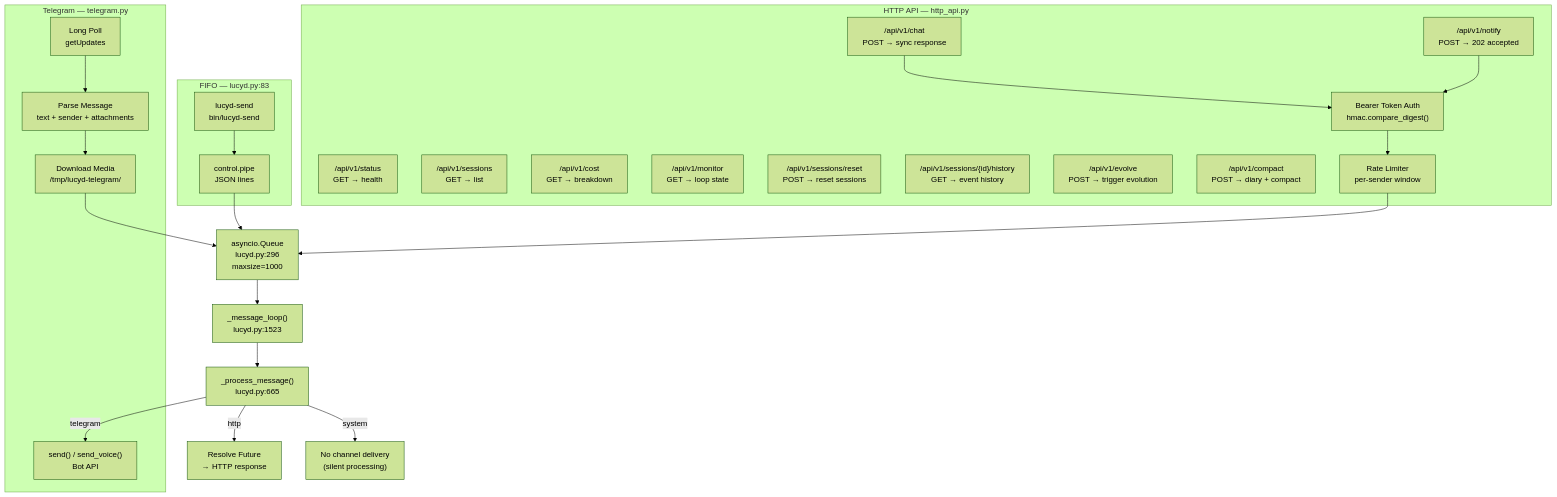
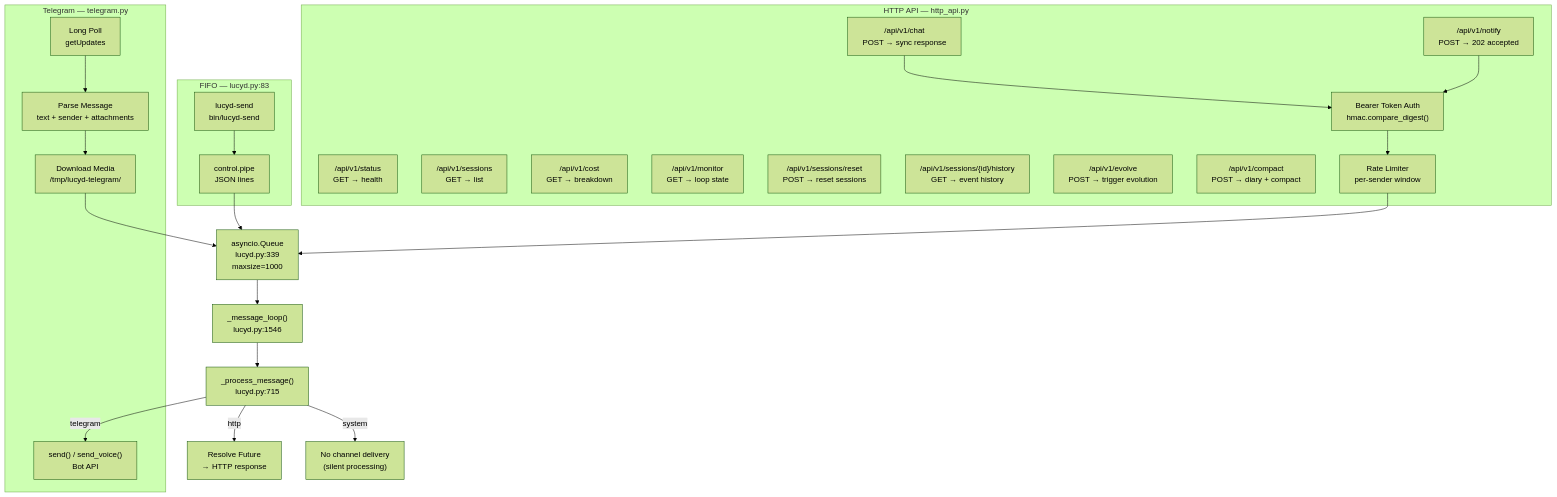
The eighth of 8 diagrams in docs/diagrams.md (nicolasforstinger/lucyd), drawn with Mermaid (forest theme) before and after one commit. The commit also changed other lines of this file and 15 other files, not shown here.

````diff
--- a/docs/diagrams.md
+++ b/docs/diagrams.md
@@ -320,44 +320,44 @@
 ```mermaid
 flowchart TD
     subgraph Telegram["Telegram — telegram.py"]
         POLL["Long Poll<br/>getUpdates"]
         PARSE["Parse Message<br/>text + sender + attachments"]
         DL["Download Media<br/>/tmp/lucyd-telegram/"]
         SEND_TG["send() / send_voice()<br/>Bot API"]
     end
 
     subgraph HTTP["HTTP API — http_api.py"]
         CHAT["/api/v1/chat<br/>POST → sync response"]
         NOTIFY["/api/v1/notify<br/>POST → 202 accepted"]
         STATUS["/api/v1/status<br/>GET → health"]
         SESSIONS_EP["/api/v1/sessions<br/>GET → list"]
         COST_EP["/api/v1/cost<br/>GET → breakdown"]
         MONITOR_EP["/api/v1/monitor<br/>GET → loop state"]
         RESET_EP["/api/v1/sessions/reset<br/>POST → reset sessions"]
         HISTORY_EP["/api/v1/sessions/{id}/history<br/>GET → event history"]
         EVOLVE_EP["/api/v1/evolve<br/>POST → trigger evolution"]
         COMPACT_EP["/api/v1/compact<br/>POST → diary + compact"]
         AUTH["Bearer Token Auth<br/>hmac.compare_digest()"]
         RATE["Rate Limiter<br/>per-sender window"]
     end
 
     subgraph CLI["FIFO — lucyd.py:83"]
         PIPE["control.pipe<br/>JSON lines"]
         SEND_CLI["lucyd-send<br/>bin/lucyd-send"]
     end
 
-    Q["asyncio.Queue<br/>lucyd.py:296<br/>maxsize=1000"]
+    Q["asyncio.Queue<br/>lucyd.py:339<br/>maxsize=1000"]
 
     POLL --> PARSE --> DL --> Q
     SEND_CLI --> PIPE --> Q
     CHAT --> AUTH
     NOTIFY --> AUTH
     AUTH --> RATE --> Q
 
-    Q --> LOOP["_message_loop()<br/>lucyd.py:1523"]
-    LOOP --> PROCESS["_process_message()<br/>lucyd.py:665"]
+    Q --> LOOP["_message_loop()<br/>lucyd.py:1546"]
+    LOOP --> PROCESS["_process_message()<br/>lucyd.py:715"]
 
     PROCESS -->|telegram| SEND_TG
     PROCESS -->|http| FUTURE["Resolve Future<br/>→ HTTP response"]
     PROCESS -->|system| SUPPRESS["No channel delivery<br/>(silent processing)"]
 ```
````
